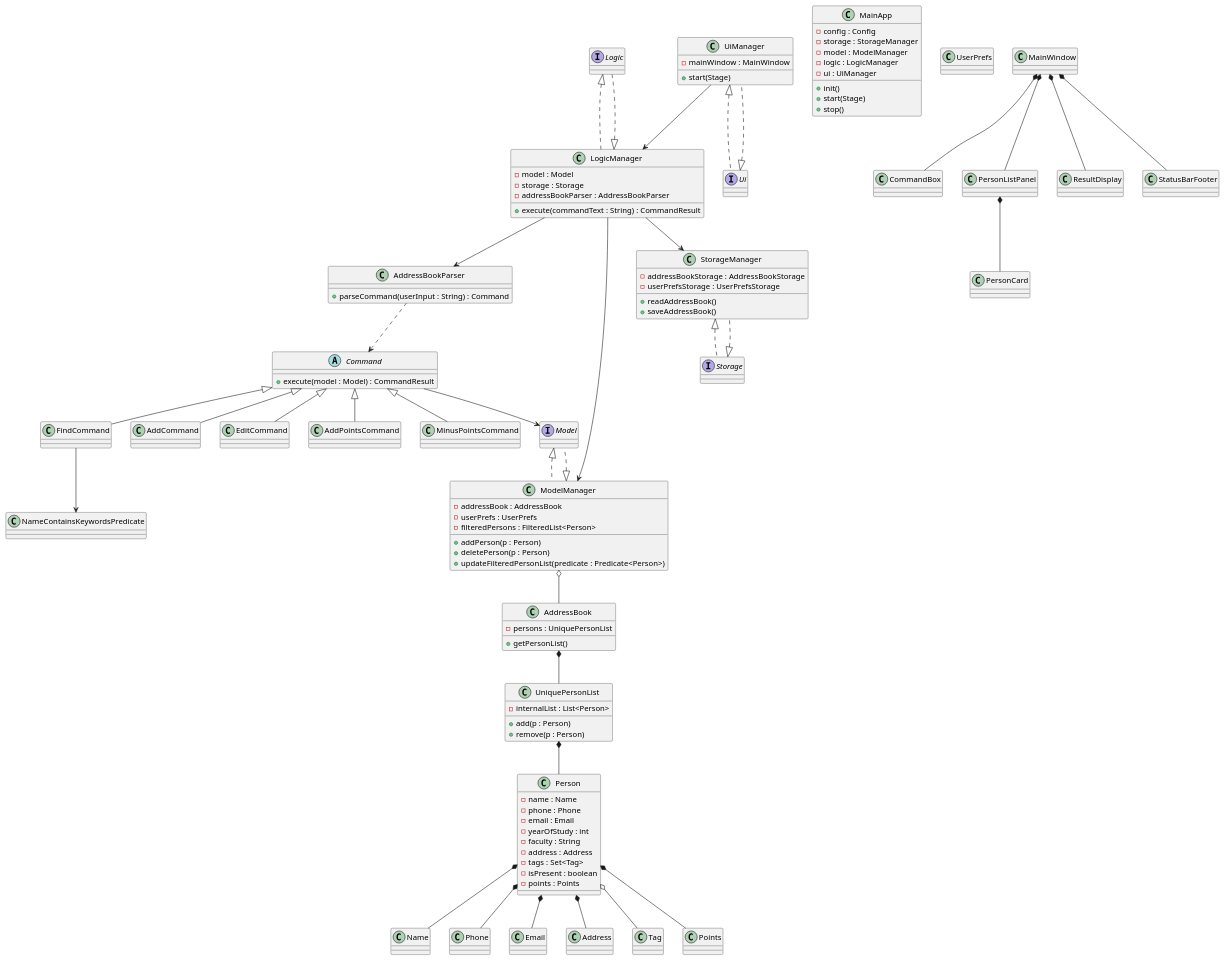
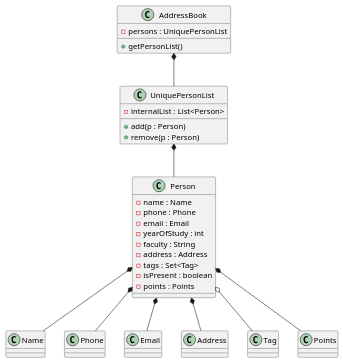
Before and after one commit to javierchuaby/tp: the diagram in docs/diagrams/class_diagram.puml, drawn with PlantUML. The commit also changed 1 other file, not shown here.

Commit message:
Add class diagram relating to Person, UniquePersonList

```diff
--- a/docs/diagrams/class_diagram.puml
+++ b/docs/diagrams/class_diagram.puml
@@ -1,153 +1,46 @@
 @startuml
 
-' Interfaces
-interface Logic
-interface Model
-interface Storage
-interface Ui
-
-' Core application
-class MainApp {
-    - config : Config
-    - storage : StorageManager
-    - model : ModelManager
-    - logic : LogicManager
-    - ui : UiManager
-    + init()
-    + start(Stage)
-    + stop()
-}
-
-' Logic layer
-class LogicManager {
-    - model : Model
-    - storage : Storage
-    - addressBookParser : AddressBookParser
-    + execute(commandText : String) : CommandResult
-}
-Logic <|.. LogicManager
-
-class AddressBookParser {
-    + parseCommand(userInput : String) : Command
-}
-
-' Model layer
-class ModelManager {
-    - addressBook : AddressBook
-    - userPrefs : UserPrefs
-    - filteredPersons : FilteredList<Person>
-    + addPerson(p : Person)
-    + deletePerson(p : Person)
-    + updateFilteredPersonList(predicate : Predicate<Person>)
-}
-Model <|.. ModelManager
+' Class diagram: AddressBook -> UniquePersonList -> Person and compositions
 
 class AddressBook {
     - persons : UniquePersonList
     + getPersonList()
 }
 
 class UniquePersonList {
     - internalList : List<Person>
     + add(p : Person)
     + remove(p : Person)
 }
 
-' Domain entity: Person
 class Person {
     - name : Name
     - phone : Phone
     - email : Email
     - yearOfStudy : int
     - faculty : String
     - address : Address
     - tags : Set<Tag>
     - isPresent : boolean
     - points : Points
 }
 
 ' Value objects
 class Name
 class Phone
 class Email
 class Address
 class Tag
 class Points
-class UserPrefs
 
-' Storage
-class StorageManager {
-    - addressBookStorage : AddressBookStorage
-    - userPrefsStorage : UserPrefsStorage
-    + readAddressBook()
-    + saveAddressBook()
-}
-Storage <|.. StorageManager
-
-' UI
-class UiManager {
-    - mainWindow : MainWindow
-    + start(Stage)
-}
-Ui <|.. UiManager
-
-class MainWindow
-class CommandBox
-class PersonListPanel
-class PersonCard
-class ResultDisplay
-class StatusBarFooter
-
-' Commands & parser relationships
-abstract class Command {
-    + execute(model : Model) : CommandResult
-}
-class FindCommand
-class AddCommand
-class EditCommand
-class AddPointsCommand
-class MinusPointsCommand
-
-Command <|-- FindCommand
-Command <|-- AddCommand
-Command <|-- EditCommand
-Command <|-- AddPointsCommand
-Command <|-- MinusPointsCommand
-
-' Relationships
-' Composition: AddressBook *-- UniquePersonList (person list cannot exist without addressbook)
+' Composition relationships
 AddressBook *-- UniquePersonList
-' Composition: UniquePersonList *-- Person (persons are contained in unique list)
 UniquePersonList *-- Person
-' Composition: Person *-- Name / Phone / Email / Address / Points (value objects strongly tied)
 Person *-- Name
 Person *-- Phone
 Person *-- Email
 Person *-- Address
 Person *-- Points
-' Aggregation: Person o-- Tag (tags can exist independently)
 Person o-- Tag
-' ModelManager o-- AddressBook (model contains an AddressBook but addressbook can exist independently)
-ModelManager o-- AddressBook
-' Dependencies
-LogicManager --> AddressBookParser
-LogicManager --> StorageManager
-LogicManager --> ModelManager
-UiManager --> LogicManager
-AddressBookParser ..> Command
-Command --> Model
-FindCommand --> NameContainsKeywordsPredicate
 
-' Implementation/Interfaces
-ModelManager <|.. Model
-LogicManager <|.. Logic
-StorageManager <|.. Storage
-UiManager <|.. Ui
-
-' UI composition
-MainWindow *-- CommandBox
-MainWindow *-- ResultDisplay
-MainWindow *-- PersonListPanel
-MainWindow *-- StatusBarFooter
-PersonListPanel *-- PersonCard
 @enduml
```
